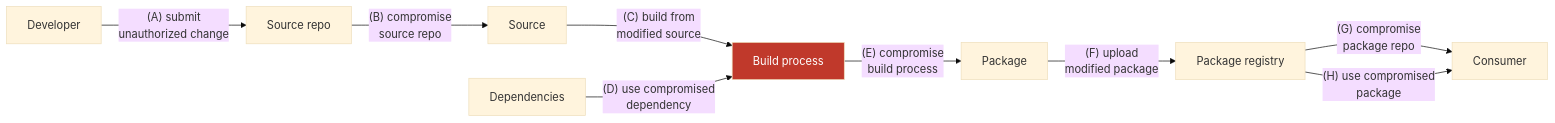
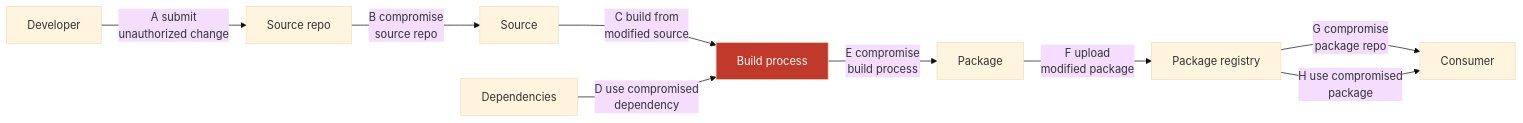
The third of 8 diagrams in book-01-foundations/ch07-frameworks-overview.md (bumbsclaw/textbooks), drawn with Mermaid (base theme) before and after one commit. The commit also changed other lines of this file and 173 other files, not shown here.

First line of the commit message:
fix(mermaid): close note brackets, semicolons in Notes, stateDiagram br -> dash, edge parens

````diff
--- a/book-01-foundations/ch07-frameworks-overview.md
+++ b/book-01-foundations/ch07-frameworks-overview.md
@@ -237,14 +237,14 @@
 ```mermaid
 flowchart LR
-    DEV["Developer"] -->|"(A) submit<br/>unauthorized change"| SRC["Source repo"]
-    SRC -->|"(B) compromise<br/>source repo"| SRC2["Source"]
-    SRC2 -->|"(C) build from<br/>modified source"| BUILD["Build process"]
-    DEP["Dependencies"] -->|"(D) use compromised<br/>dependency"| BUILD
-    BUILD -->|"(E) compromise<br/>build process"| PKG["Package"]
-    PKG -->|"(F) upload<br/>modified package"| REG["Package registry"]
-    REG -->|"(G) compromise<br/>package repo"| CONS["Consumer"]
-    REG -->|"(H) use compromised<br/>package"| CONS
+    DEV["Developer"] -->|" A submit<br >unauthorized change"| SRC["Source repo"]
+    SRC -->|" B compromise<br >source repo"| SRC2["Source"]
+    SRC2 -->|" C build from<br >modified source"| BUILD["Build process"]
+    DEP["Dependencies"] -->|" D use compromised<br >dependency"| BUILD
+    BUILD -->|" E compromise<br >build process"| PKG["Package"]
+    PKG -->|" F upload<br >modified package"| REG["Package registry"]
+    REG -->|" G compromise<br >package repo"| CONS["Consumer"]
+    REG -->|" H use compromised<br >package"| CONS
 
     classDef build fill:#c0392b,color:#fff;
     class BUILD build;
 ```
````
